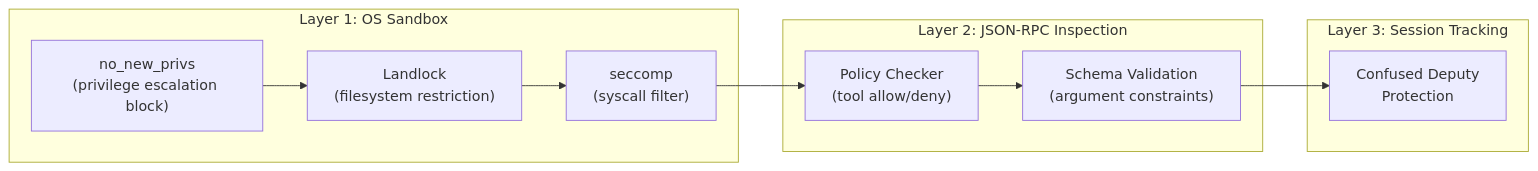
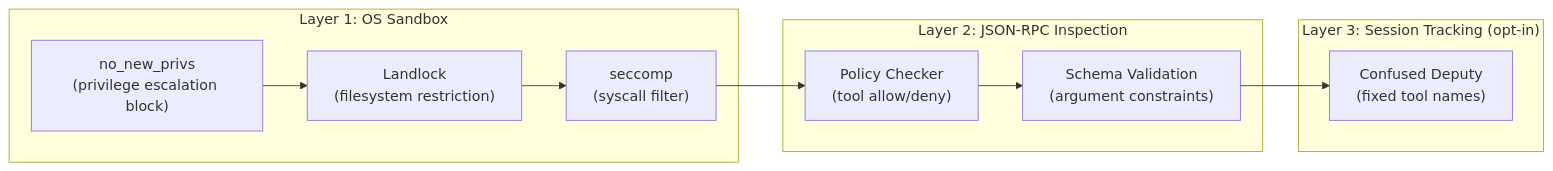
The second of 10 diagrams in docs/guide.md (strumbyte/mcp-writ), drawn with Mermaid before and after one commit. The commit also changed other lines of this file and 7 other files, not shown here.

First line of the commit message:
docs(auditor): clarify opt-in scope of confused deputy protection

````diff
--- a/docs/guide.md
+++ b/docs/guide.md
@@ -58,19 +58,19 @@
 ```mermaid
 graph LR
     subgraph "Layer 1: OS Sandbox"
         W1["no_new_privs<br/>(privilege escalation block)"]
         W2["Landlock<br/>(filesystem restriction)"]
         W3["seccomp<br/>(syscall filter)"]
     end
 
     subgraph "Layer 2: JSON-RPC Inspection"
         A1["Policy Checker<br/>(tool allow/deny)"]
         A2["Schema Validation<br/>(argument constraints)"]
     end
 
-    subgraph "Layer 3: Session Tracking"
-        S1["Confused Deputy<br/>Protection"]
+    subgraph "Layer 3: Session Tracking (opt-in)"
+        S1["Confused Deputy<br/>(fixed tool names)"]
     end
 
     W1 --> W2 --> W3 --> A1 --> A2 --> S1
 ```
````
